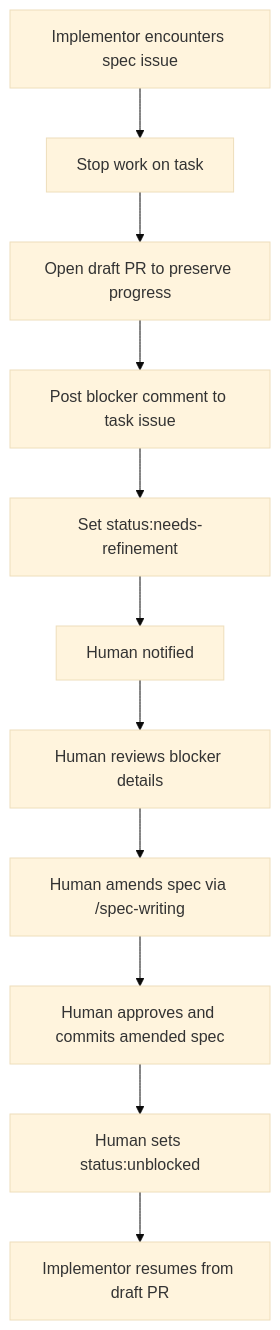
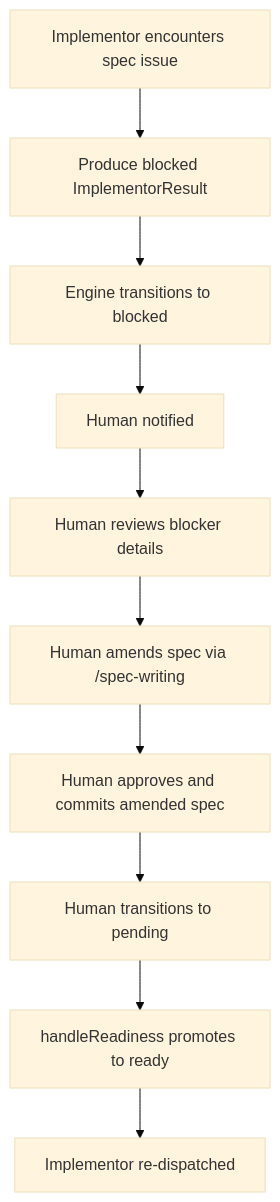
Before and after one commit to zgeoff/decree: the second of 3 diagrams in docs/specs/decree/workflow.md, drawn with Mermaid (base theme). The commit also changed other lines of this file, not shown here.

First line of the commit message:
docs(spec): rework workflow spec for v2 architecture (migration step 11a)

````diff
--- a/docs/specs/decree/workflow.md
+++ b/docs/specs/decree/workflow.md
@@ -164,13 +189,12 @@
 ```mermaid
 flowchart TD
-    Hit[Implementor encounters spec issue] --> Stop[Stop work on task]
-    Stop --> Draft[Open draft PR to preserve progress]
-    Draft --> Comment[Post blocker comment to task issue]
-    Comment --> Label[Set status:needs-refinement]
-    Label --> Notify[Human notified]
+    Hit[Implementor encounters spec issue] --> Output[Produce blocked ImplementorResult]
+    Output --> Engine[Engine transitions to blocked]
+    Engine --> Notify[Human notified]
     Notify --> HumanReview[Human reviews blocker details]
     HumanReview --> Amend[Human amends spec via /spec-writing]
     Amend --> Commit[Human approves and commits amended spec]
-    Commit --> Unblock[Human sets status:unblocked]
-    Unblock --> Resume[Implementor resumes from draft PR]
+    Commit --> Transition[Human transitions to pending]
+    Transition --> Readiness[handleReadiness promotes to ready]
+    Readiness --> Resume[Implementor re-dispatched]
 ```
````
